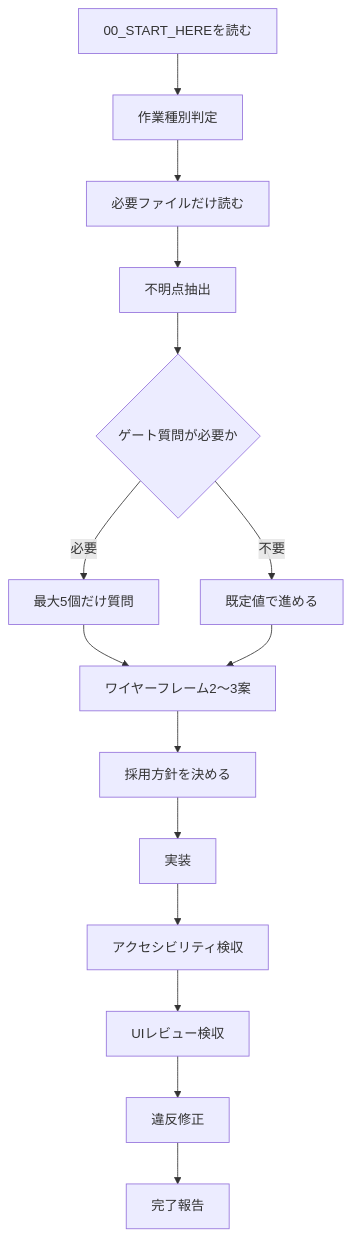
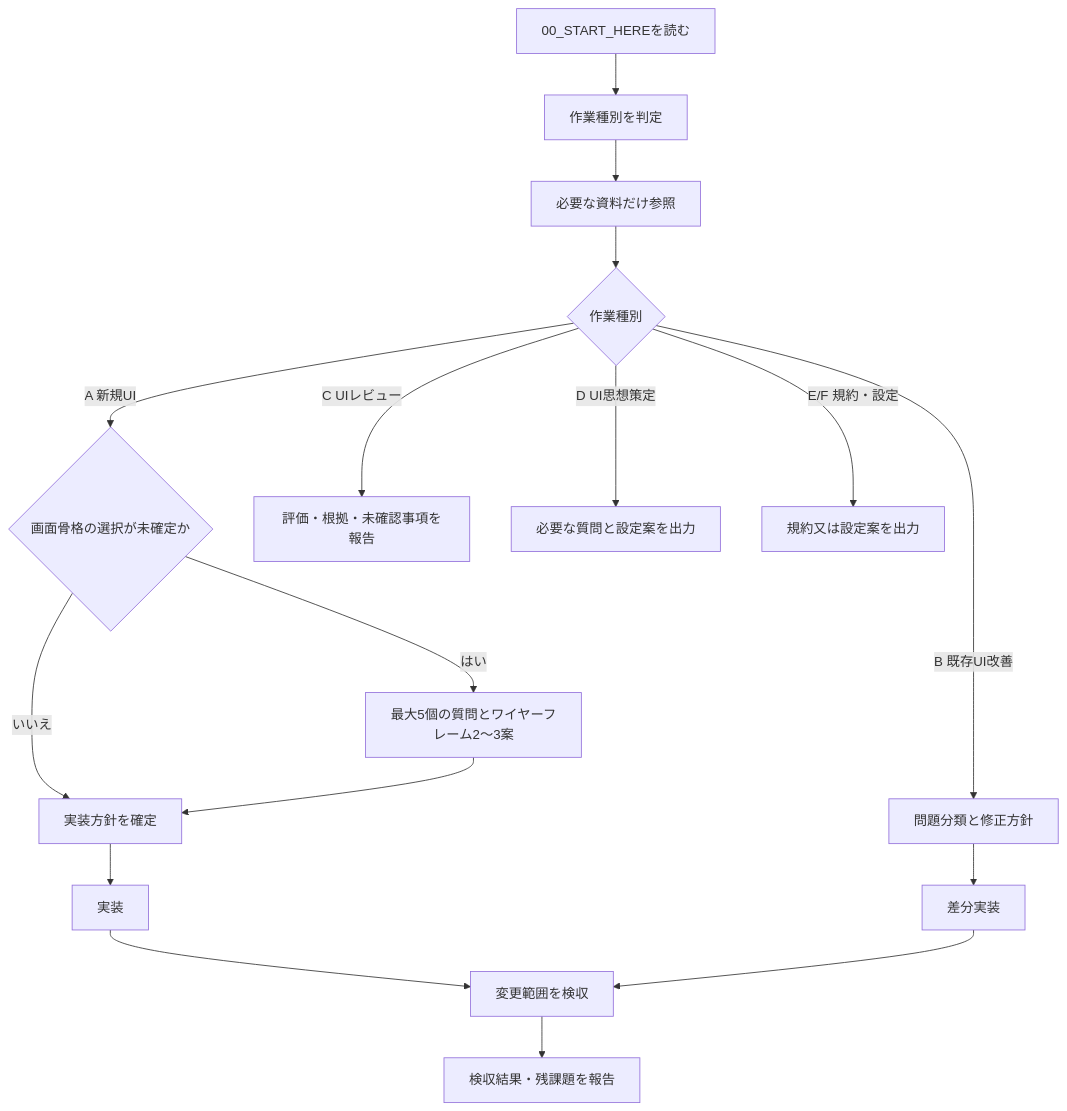
Before and after one commit to kinoko34077/.ai-guidelines: the diagram in uiux_vibecoding_protocol_pack_v1/00_START_HERE.md, drawn with Mermaid. The commit also changed other lines of this file and 6 other files, not shown here.

````diff
--- a/uiux_vibecoding_protocol_pack_v1/00_START_HERE.md
+++ b/uiux_vibecoding_protocol_pack_v1/00_START_HERE.md
@@ -43,17 +48,19 @@
 ```mermaid
 flowchart TD
-  A[00_START_HEREを読む] --> B[作業種別判定]
-  B --> C[必要ファイルだけ読む]
-  C --> D[不明点抽出]
-  D --> E{ゲート質問が必要か}
-  E -->|必要| F[最大5個だけ質問]
-  E -->|不要| G[既定値で進める]
-  F --> H[ワイヤーフレーム2〜3案]
-  G --> H
-  H --> I[採用方針を決める]
-  I --> J[実装]
-  J --> K[アクセシビリティ検収]
-  K --> L[UIレビュー検収]
-  L --> M[違反修正]
-  M --> N[完了報告]
+  A[00_START_HEREを読む] --> B[作業種別を判定]
+  B --> C[必要な資料だけ参照]
+  C --> D{作業種別}
+  D -->|A 新規UI| E{画面骨格の選択が未確定か}
+  E -->|はい| F[最大5個の質問とワイヤーフレーム2〜3案]
+  E -->|いいえ| G[実装方針を確定]
+  F --> G
+  G --> H[実装]
+  H --> I[変更範囲を検収]
+  D -->|B 既存UI改善| J[問題分類と修正方針]
+  J --> K[差分実装]
+  K --> I
+  D -->|C UIレビュー| L[評価・根拠・未確認事項を報告]
+  D -->|D UI思想策定| M[必要な質問と設定案を出力]
+  D -->|E/F 規約・設定| N[規約又は設定案を出力]
+  I --> O[検収結果・残課題を報告]
 ```
````
